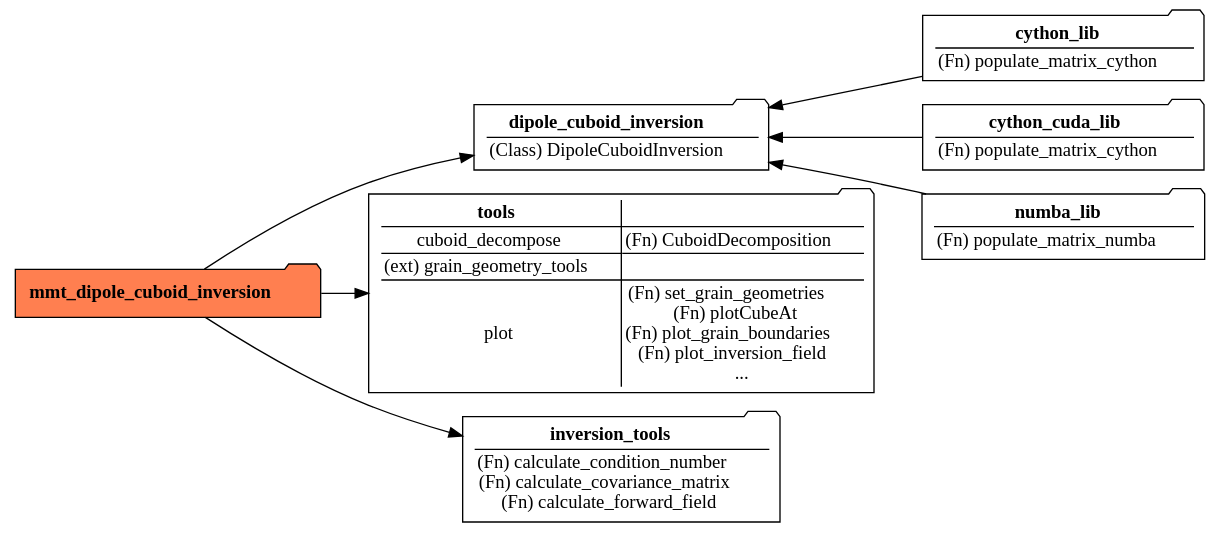
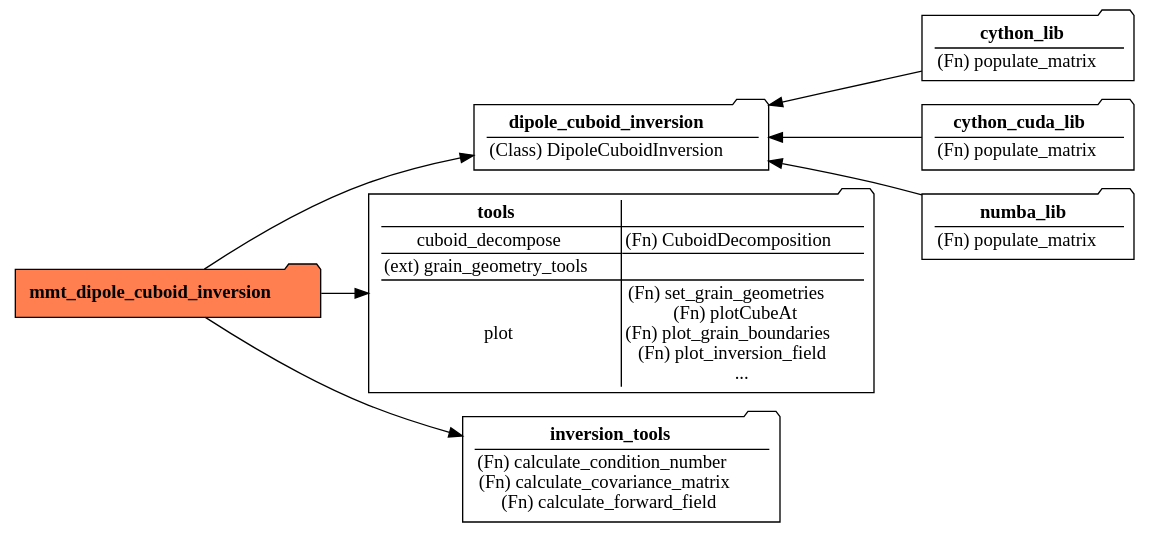
The diagram in chest/packages_HTML.dot (Micromagnetic-Tomography/mmt_dipole_cuboid_inversion), drawn with Graphviz before and after one commit.

Commit message:
Updated code diagram

```diff
--- a/chest/packages_HTML.dot
+++ b/chest/packages_HTML.dot
@@ -1,50 +1,50 @@
 digraph "packages" {
     node [shape=folder fontname=FiraMono]
     mmt_dpinv [style=filled fillcolor=coral label=<
         <TABLE BORDER="0" CELLBORDER="0" CELLSPACING="0">
             <TR><TD><B>mmt_dipole_cuboid_inversion</B></TD></TR>
         </TABLE>>];
     dpinv [label=<
         <TABLE BORDER="0" CELLBORDER="0" ROWS="*" CELLSPACING="1">
             <TR><TD><B>dipole_cuboid_inversion</B></TD></TR>
             <TR><TD>(Class) DipoleCuboidInversion</TD></TR>
         </TABLE>>];
     clib [label=<
         <TABLE BORDER="0" CELLBORDER="0" ROWS="*" COLUMNS="*" CELLSPACING="1">
             <TR><TD><B>cython_lib</B></TD></TR>
-            <TR><TD>(Fn) populate_matrix_cython</TD></TR>
+            <TR><TD>(Fn) populate_matrix</TD></TR>
         </TABLE>>];
     cclib [label=<
         <TABLE BORDER="0" CELLBORDER="0" ROWS="*" COLUMNS="*" CELLSPACING="1">
             <TR><TD><B>cython_cuda_lib</B></TD></TR>
-            <TR><TD>(Fn) populate_matrix_cython</TD></TR>
+            <TR><TD>(Fn) populate_matrix</TD></TR>
         </TABLE>>];
     nlib [label=<
         <TABLE BORDER="0" CELLBORDER="0" ROWS="*" COLUMNS="*" CELLSPACING="1">
             <TR><TD><B>numba_lib</B></TD></TR>
-            <TR><TD>(Fn) populate_matrix_numba</TD></TR>
+            <TR><TD>(Fn) populate_matrix</TD></TR>
         </TABLE>>];
     tools [label=<
         <TABLE BORDER="0" CELLBORDER="0" ROWS="*" COLUMNS="*" CELLSPACING="1">
             <TR><TD><B>tools</B></TD></TR>
             <TR>
               <TD>cuboid_decompose</TD>
               <TD>(Fn) CuboidDecomposition</TD>
             </TR>
             <TR><TD>(ext) grain_geometry_tools</TD></TR>
             <TR>
               <TD>plot</TD>
               <TD>(Fn) set_grain_geometries<BR/>(Fn) plotCubeAt<BR/>(Fn) plot_grain_boundaries<BR/>(Fn) plot_inversion_field<BR/>...</TD>
             </TR>
         </TABLE>>];
     invtools [label=<
         <TABLE BORDER="0" CELLBORDER="0" ROWS="*" COLUMNS="*" CELLSPACING="1">
             <TR><TD><B>inversion_tools</B></TD></TR>
             <TR><TD>(Fn) calculate_condition_number<BR/>(Fn) calculate_covariance_matrix<BR/>(Fn) calculate_forward_field</TD></TR>
         </TABLE>>];
     rankdir=LR;
     mmt_dpinv -> dpinv;
     mmt_dpinv -> invtools;
     mmt_dpinv -> tools;
     dpinv -> {clib,cclib,nlib} [dir=back];
 }
```
